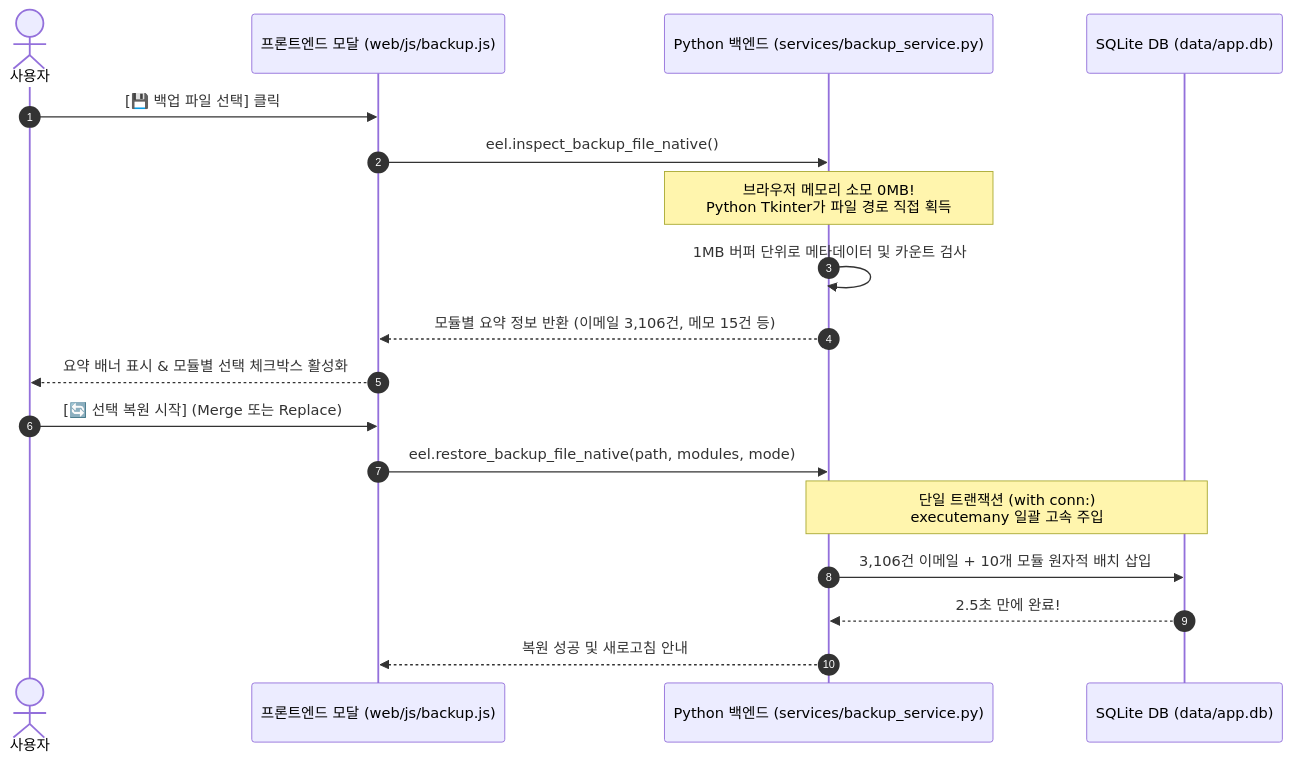
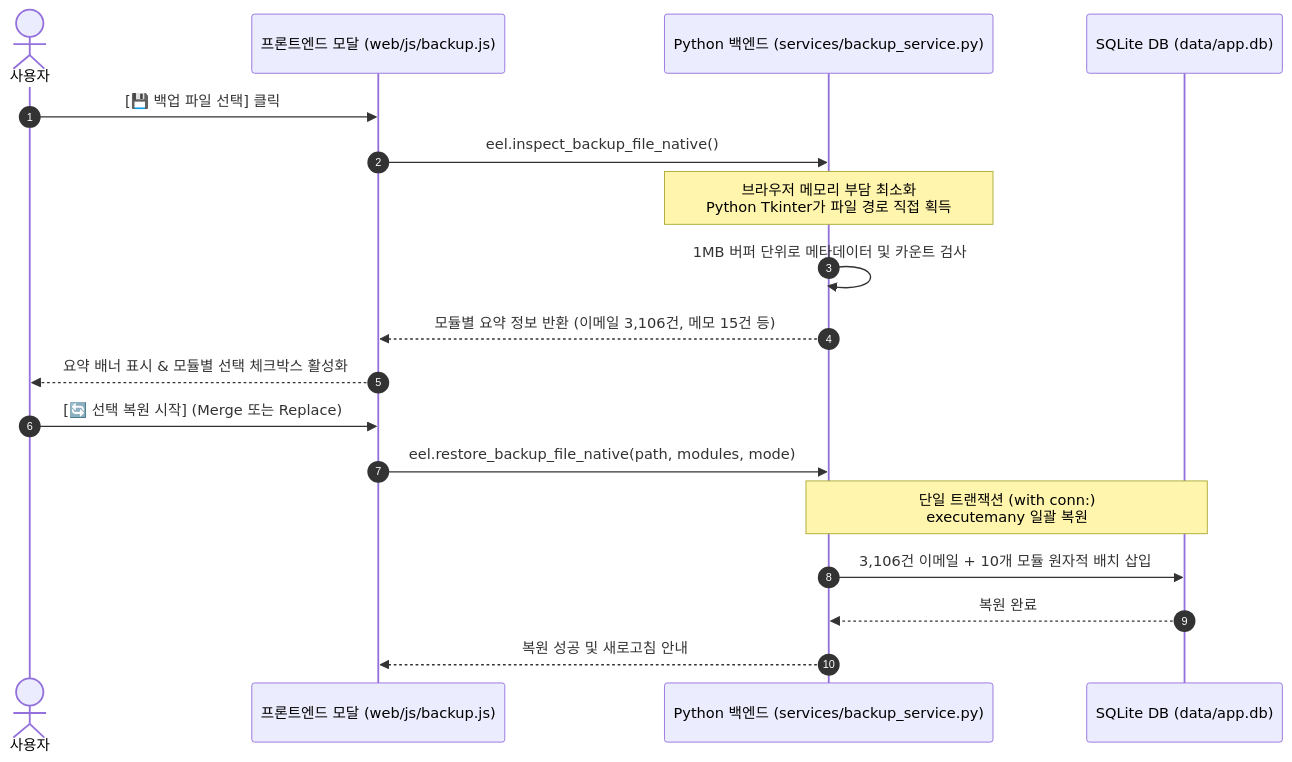
Before and after one commit to JudeRester/Util-Tools: the diagram in docs/BACKUP_AND_RESTORE.md, drawn with Mermaid. The commit also changed other lines of this file and 8 other files, not shown here.

````diff
--- a/docs/BACKUP_AND_RESTORE.md
+++ b/docs/BACKUP_AND_RESTORE.md
@@ -15,22 +15,22 @@
 ```mermaid
 sequenceDiagram
     autonumber
     actor User as 사용자
     participant UI as 프론트엔드 모달 (web/js/backup.js)
     participant Back as Python 백엔드 (services/backup_service.py)
     participant DB as SQLite DB (data/app.db)
     
     User->>UI: [💾 백업 파일 선택] 클릭
     UI->>Back: eel.inspect_backup_file_native()
-    Note over Back: 브라우저 메모리 소모 0MB!<br>Python Tkinter가 파일 경로 직접 획득
+    Note over Back: 브라우저 메모리 부담 최소화<br>Python Tkinter가 파일 경로 직접 획득
     Back->>Back: 1MB 버퍼 단위로 메타데이터 및 카운트 검사
     Back-->>UI: 모듈별 요약 정보 반환 (이메일 3,106건, 메모 15건 등)
     UI-->>User: 요약 배너 표시 & 모듈별 선택 체크박스 활성화
     
     User->>UI: [🔄 선택 복원 시작] (Merge 또는 Replace)
     UI->>Back: eel.restore_backup_file_native(path, modules, mode)
-    Note over Back,DB: 단일 트랜잭션 (with conn:)<br>executemany 일괄 고속 주입
+    Note over Back,DB: 단일 트랜잭션 (with conn:)<br>executemany 일괄 복원
     Back->>DB: 3,106건 이메일 + 10개 모듈 원자적 배치 삽입
-    DB-->>Back: 2.5초 만에 완료!
+    DB-->>Back: 복원 완료
     Back-->>UI: 복원 성공 및 새로고침 안내
 ```
````
